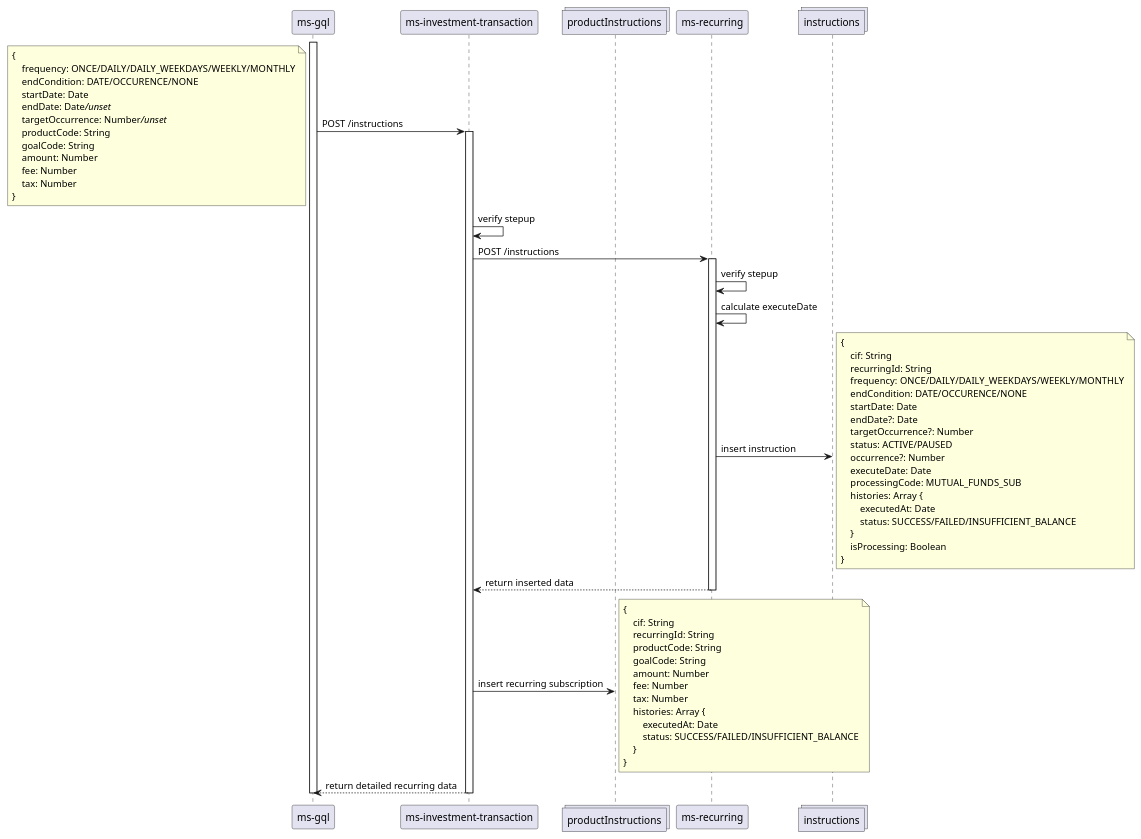
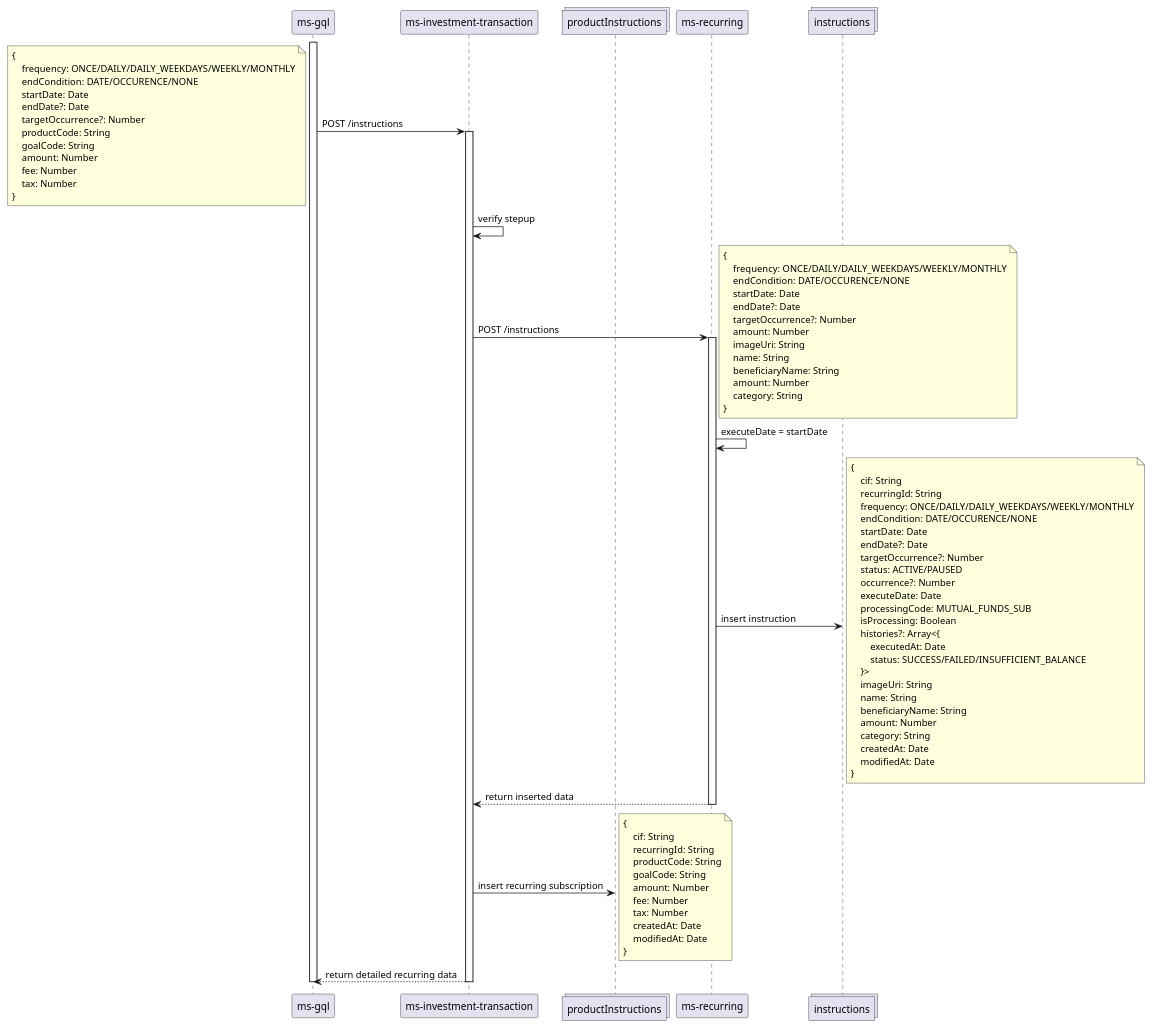
Before and after one commit to iksena/jenius-uml: the diagram in mfRecurring.puml, drawn with PlantUML. The commit also changed 3 other files, not shown here.

```diff
--- a/mfRecurring.puml
+++ b/mfRecurring.puml
@@ -1,74 +1,93 @@
 @startuml mutual funds recurring
 
 participant "ms-gql" as mg
 participant "ms-investment-transaction" as mit
 collections "productInstructions" as recSubs
 participant "ms-recurring" as mr
 collections "instructions" as recs
 
 activate mg
 mg -> mit: POST /instructions
 note left
 { 
     frequency: ONCE/DAILY/DAILY_WEEKDAYS/WEEKLY/MONTHLY
     endCondition: DATE/OCCURENCE/NONE
     startDate: Date
-    endDate: Date///unset//
-    targetOccurrence: Number///unset//
+    endDate?: Date
+    targetOccurrence?: Number
     productCode: String
     goalCode: String
     amount: Number
     fee: Number
     tax: Number
 }
 end note
 activate mit
 mit -> mit: verify stepup
 mit -> mr: POST /instructions
+note right
+{ 
+    frequency: ONCE/DAILY/DAILY_WEEKDAYS/WEEKLY/MONTHLY
+    endCondition: DATE/OCCURENCE/NONE
+    startDate: Date
+    endDate?: Date
+    targetOccurrence?: Number
+    amount: Number
+    imageUri: String
+    name: String
+    beneficiaryName: String
+    amount: Number
+    category: String
+}
+end note
 activate mr
-mr -> mr: verify stepup
-mr -> mr: calculate executeDate
+mr -> mr: executeDate = startDate
 mr -> recs: insert instruction
 note right
 { 
     cif: String
     recurringId: String
     frequency: ONCE/DAILY/DAILY_WEEKDAYS/WEEKLY/MONTHLY
     endCondition: DATE/OCCURENCE/NONE
     startDate: Date
     endDate?: Date
     targetOccurrence?: Number
     status: ACTIVE/PAUSED
     occurrence?: Number
     executeDate: Date
     processingCode: MUTUAL_FUNDS_SUB
-    histories: Array {
+    isProcessing: Boolean
+    histories?: Array<{
         executedAt: Date
         status: SUCCESS/FAILED/INSUFFICIENT_BALANCE
-    }
-    isProcessing: Boolean
+    }>
+    imageUri: String
+    name: String
+    beneficiaryName: String
+    amount: Number
+    category: String
+    createdAt: Date
+    modifiedAt: Date
 }
 end note
 mr --> mit: return inserted data
 deactivate mr
 mit-> recSubs: insert recurring subscription
 note right
 { 
     cif: String
     recurringId: String
     productCode: String
     goalCode: String
     amount: Number
     fee: Number
     tax: Number
-    histories: Array {
-        executedAt: Date
-        status: SUCCESS/FAILED/INSUFFICIENT_BALANCE
-    }
+    createdAt: Date
+    modifiedAt: Date
 }
 end note
 mit --> mg: return detailed recurring data
 deactivate mit
 deactivate mg
 
 @enduml
```
